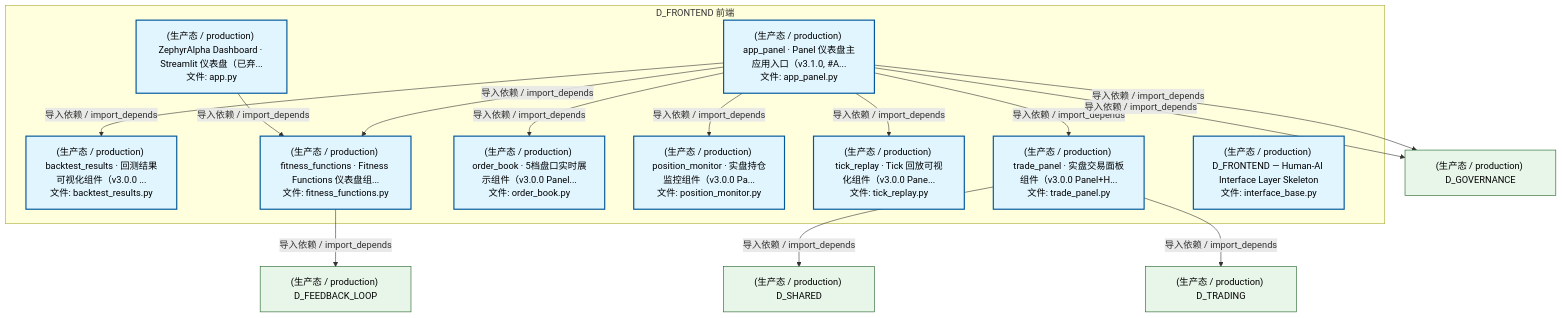
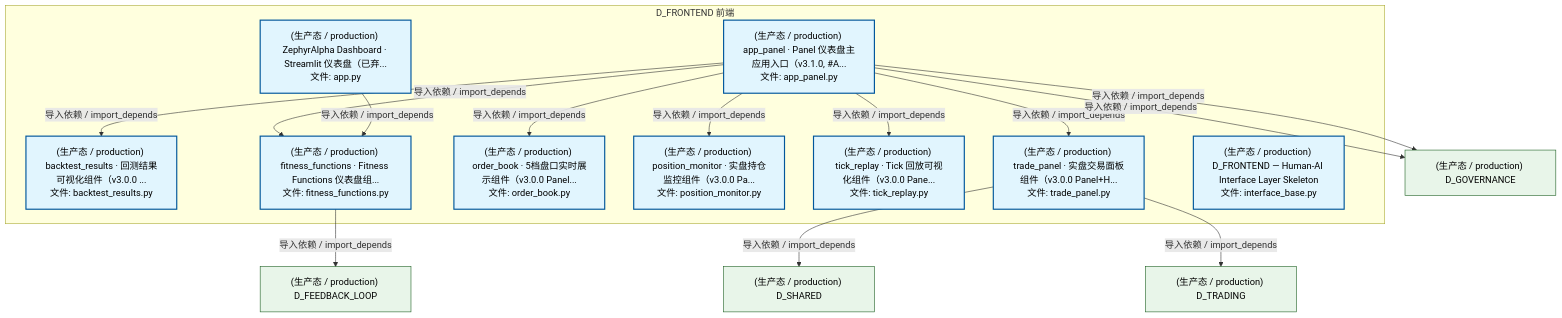
One commit to xuanFelixVan/ZephyrAlpha changed the second of 5 diagrams in docs/02_enterprise_architecture/02_domain_architecture_docs/15_d_frontend.md. Above: the diagram before and after it, drawn with Mermaid. The commit also changed other lines of this file and 99 other files, not shown here.

````diff
--- a/docs/02_enterprise_architecture/02_domain_architecture_docs/15_d_frontend.md
+++ b/docs/02_enterprise_architecture/02_domain_architecture_docs/15_d_frontend.md
@@ -165,36 +165,36 @@
 ```mermaid
 graph TD
     subgraph D_FRONTEND["D_FRONTEND 前端"]
         src_zephyr_frontend_dashboard_app_py["(生产态 / production) ZephyrAlpha Dashboard · Streamlit 仪表盘（已弃...<br/>文件: app.py"]
         src_zephyr_frontend_dashboard_app_panel_py["(生产态 / production) app_panel · Panel 仪表盘主应用入口（v3.1.0, #A...<br/>文件: app_panel.py"]
         src_zephyr_frontend_dashboard_components_backtest_results_py["(生产态 / production) backtest_results · 回测结果可视化组件（v3.0.0 ...<br/>文件: backtest_results.py"]
         src_zephyr_frontend_dashboard_components_fitness_functions_py["(生产态 / production) fitness_functions · Fitness Functions 仪表盘组...<br/>文件: fitness_functions.py"]
         src_zephyr_frontend_dashboard_components_order_book_py["(生产态 / production) order_book · 5档盘口实时展示组件（v3.0.0 Panel...<br/>文件: order_book.py"]
         src_zephyr_frontend_dashboard_components_position_monitor_py["(生产态 / production) position_monitor · 实盘持仓监控组件（v3.0.0 Pa...<br/>文件: position_monitor.py"]
         src_zephyr_frontend_dashboard_components_tick_replay_py["(生产态 / production) tick_replay · Tick 回放可视化组件（v3.0.0 Pane...<br/>文件: tick_replay.py"]
         src_zephyr_frontend_dashboard_components_trade_panel_py["(生产态 / production) trade_panel · 实盘交易面板组件（v3.0.0 Panel+H...<br/>文件: trade_panel.py"]
         src_zephyr_frontend_interface_base_py["(生产态 / production) D_FRONTEND — Human-AI Interface Layer Skeleton<br/>文件: interface_base.py"]
     end
+    src_zephyr_frontend_dashboard_app_panel_py -->|导入依赖 / import_depends| src_zephyr_frontend_dashboard_components_trade_panel_py
+    src_zephyr_frontend_dashboard_app_panel_py -->|导入依赖 / import_depends| src_zephyr_frontend_dashboard_components_tick_replay_py
+    src_zephyr_frontend_dashboard_app_panel_py -->|导入依赖 / import_depends| src_zephyr_frontend_dashboard_components_position_monitor_py
+    src_zephyr_frontend_dashboard_app_panel_py -->|导入依赖 / import_depends| src_zephyr_frontend_dashboard_components_order_book_py
+    src_zephyr_frontend_dashboard_app_panel_py -->|导入依赖 / import_depends| src_zephyr_frontend_dashboard_components_fitness_functions_py
+    src_zephyr_frontend_dashboard_app_panel_py -->|导入依赖 / import_depends| src_zephyr_frontend_dashboard_components_backtest_results_py
     src_zephyr_frontend_dashboard_app_py -->|导入依赖 / import_depends| src_zephyr_frontend_dashboard_components_fitness_functions_py
-    src_zephyr_frontend_dashboard_app_panel_py -->|导入依赖 / import_depends| src_zephyr_frontend_dashboard_components_backtest_results_py
-    src_zephyr_frontend_dashboard_app_panel_py -->|导入依赖 / import_depends| src_zephyr_frontend_dashboard_components_fitness_functions_py
-    src_zephyr_frontend_dashboard_app_panel_py -->|导入依赖 / import_depends| src_zephyr_frontend_dashboard_components_order_book_py
-    src_zephyr_frontend_dashboard_app_panel_py -->|导入依赖 / import_depends| src_zephyr_frontend_dashboard_components_position_monitor_py
-    src_zephyr_frontend_dashboard_app_panel_py -->|导入依赖 / import_depends| src_zephyr_frontend_dashboard_components_tick_replay_py
-    src_zephyr_frontend_dashboard_app_panel_py -->|导入依赖 / import_depends| src_zephyr_frontend_dashboard_components_trade_panel_py
     D_GOVERNANCE["(生产态 / production) D_GOVERNANCE"]
     src_zephyr_frontend_dashboard_app_panel_py -->|导入依赖 / import_depends| D_GOVERNANCE
     D_FEEDBACK_LOOP["(生产态 / production) D_FEEDBACK_LOOP"]
     src_zephyr_frontend_dashboard_components_fitness_functions_py -->|导入依赖 / import_depends| D_FEEDBACK_LOOP
     D_SHARED["(生产态 / production) D_SHARED"]
     src_zephyr_frontend_dashboard_components_trade_panel_py -->|导入依赖 / import_depends| D_SHARED
     src_zephyr_frontend_dashboard_app_panel_py -->|导入依赖 / import_depends| D_GOVERNANCE
     D_TRADING["(生产态 / production) D_TRADING"]
     src_zephyr_frontend_dashboard_components_trade_panel_py -->|导入依赖 / import_depends| D_TRADING
     classDef production fill:#e1f5fe,stroke:#01579b,stroke-width:2px,color:#000
     classDef design fill:#fff3e0,stroke:#e65100,stroke-width:2px,color:#000,stroke-dasharray: 5 5
     classDef external_prod fill:#e8f5e9,stroke:#1b5e20,stroke-width:1px,color:#000
     classDef external_design fill:#fce4ec,stroke:#880e4f,stroke-width:1px,color:#000,stroke-dasharray: 5 5
     class src_zephyr_frontend_dashboard_app_py,src_zephyr_frontend_dashboard_app_panel_py,src_zephyr_frontend_dashboard_components_backtest_results_py,src_zephyr_frontend_dashboard_components_fitness_functions_py,src_zephyr_frontend_dashboard_components_order_book_py,src_zephyr_frontend_dashboard_components_position_monitor_py,src_zephyr_frontend_dashboard_components_tick_replay_py,src_zephyr_frontend_dashboard_components_trade_panel_py,src_zephyr_frontend_interface_base_py production
     class D_GOVERNANCE,D_FEEDBACK_LOOP,D_SHARED,D_TRADING external_prod
 ```
````
